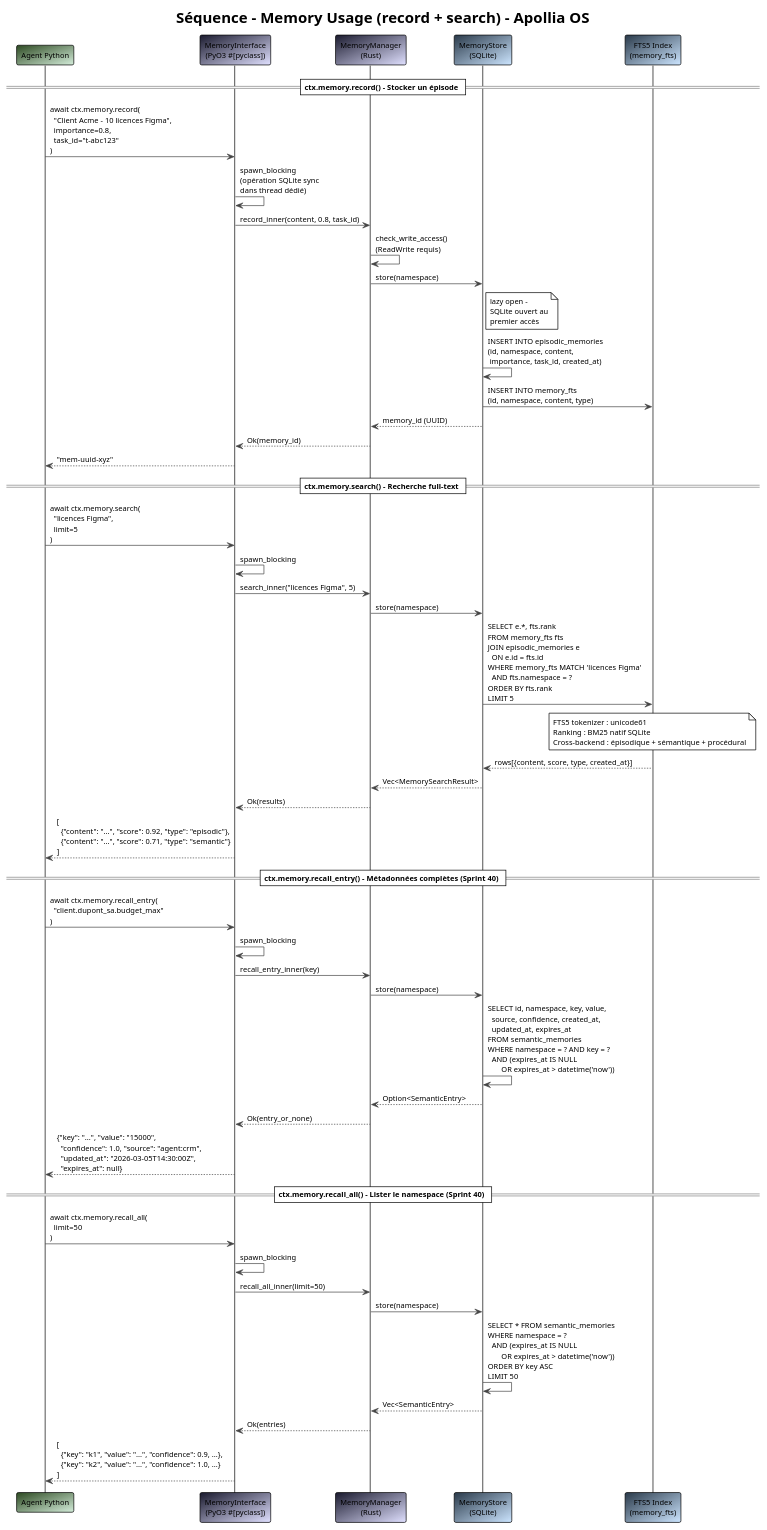
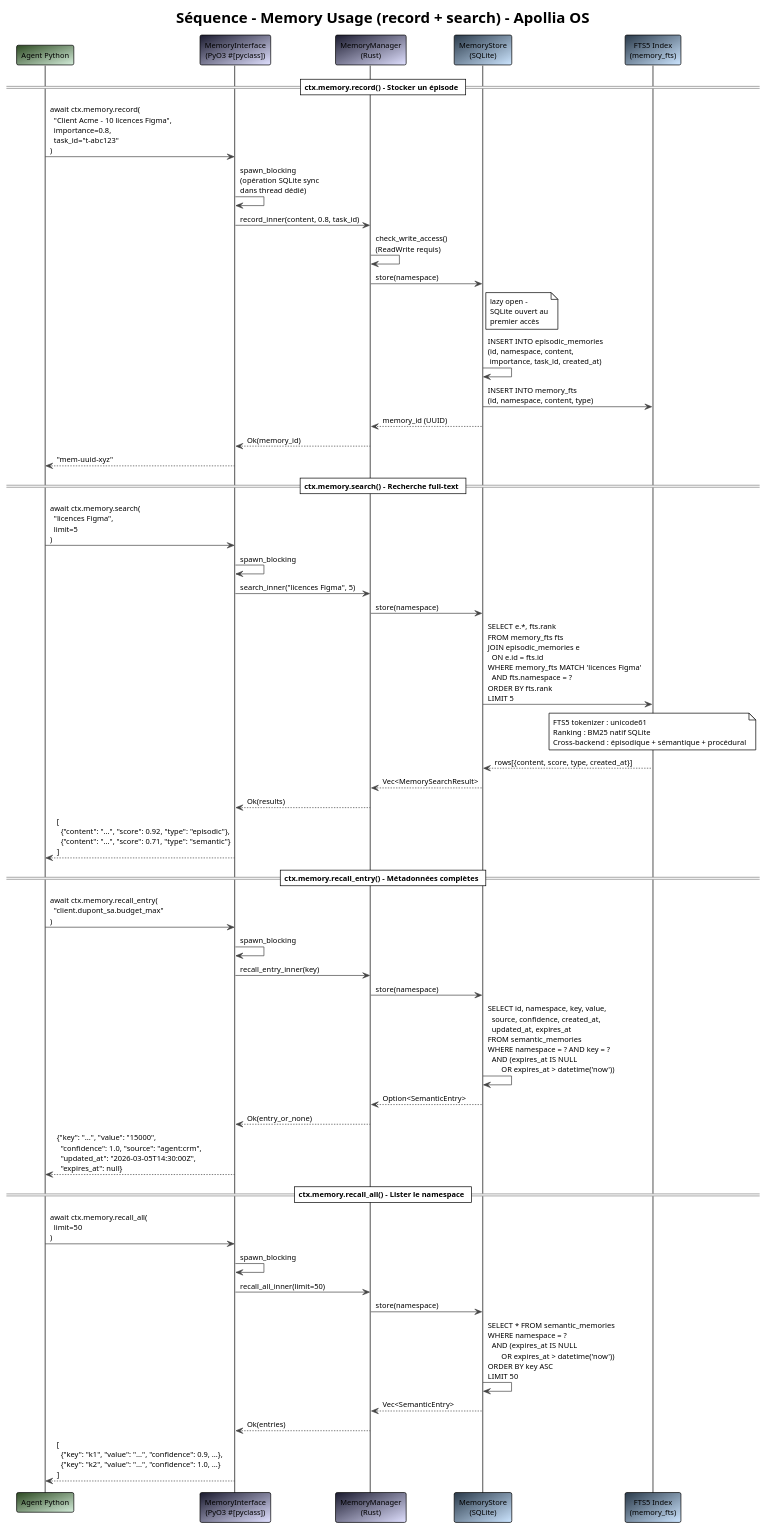
One commit to nidal-z/apollia-os changed the diagram in docs/diagrams/seq-memory-usage.puml. Above: the diagram before and after it, drawn with PlantUML. The commit also changed 266 other files, not shown here.

```diff
--- a/docs/diagrams/seq-memory-usage.puml
+++ b/docs/diagrams/seq-memory-usage.puml
@@ -1,87 +1,87 @@
 @startuml seq-memory-usage
 !theme plain
 skinparam backgroundColor #FFFFFF
 skinparam defaultFontName "JetBrains Mono"
 skinparam defaultFontSize 11
 skinparam ArrowColor #444444
 skinparam BorderColor #444444
 
 title Séquence - Memory Usage (record + search) - Apollia OS
 
 participant "Agent Python" as agent #2d4a22/d4edda
 participant "MemoryInterface\n(PyO3 #[pyclass])" as iface #1a1a2e/e0e0ff
 participant "MemoryManager\n(Rust)" as mgr #1a1a2e/e0e0ff
 participant "MemoryStore\n(SQLite)" as store #2a3a4a/cce5ff
 participant "FTS5 Index\n(memory_fts)" as fts #2a3a4a/cce5ff
 
 == ctx.memory.record() - Stocker un épisode ==
 
 agent -> iface : await ctx.memory.record(\n  "Client Acme - 10 licences Figma",\n  importance=0.8,\n  task_id="t-abc123"\n)
 
 iface -> iface : spawn_blocking\n(opération SQLite sync\ndans thread dédié)
 
 iface -> mgr : record_inner(content, 0.8, task_id)
 mgr -> mgr : check_write_access()\n(ReadWrite requis)
 mgr -> store : store(namespace)
 note right of store : lazy open -\nSQLite ouvert au\npremier accès
 
 store -> store : INSERT INTO episodic_memories\n(id, namespace, content,\n importance, task_id, created_at)
 store -> fts : INSERT INTO memory_fts\n(id, namespace, content, type)
 
 store --> mgr : memory_id (UUID)
 mgr --> iface : Ok(memory_id)
 iface --> agent : "mem-uuid-xyz"
 
 == ctx.memory.search() - Recherche full-text ==
 
 agent -> iface : await ctx.memory.search(\n  "licences Figma",\n  limit=5\n)
 
 iface -> iface : spawn_blocking
 
 iface -> mgr : search_inner("licences Figma", 5)
 mgr -> store : store(namespace)
 
 store -> fts : SELECT e.*, fts.rank\nFROM memory_fts fts\nJOIN episodic_memories e\n  ON e.id = fts.id\nWHERE memory_fts MATCH 'licences Figma'\n  AND fts.namespace = ?\nORDER BY fts.rank\nLIMIT 5
 
 note over fts
   FTS5 tokenizer : unicode61
   Ranking : BM25 natif SQLite
   Cross-backend : épisodique + sémantique + procédural
 end note
 
 fts --> store : rows[{content, score, type, created_at}]
 store --> mgr : Vec<MemorySearchResult>
 mgr --> iface : Ok(results)
 iface --> agent : [\n  {"content": "...", "score": 0.92, "type": "episodic"},\n  {"content": "...", "score": 0.71, "type": "semantic"}\n]
 
-== ctx.memory.recall_entry() - Métadonnées complètes (Sprint 40) ==
+== ctx.memory.recall_entry() - Métadonnées complètes ==
 
 agent -> iface : await ctx.memory.recall_entry(\n  "client.dupont_sa.budget_max"\n)
 
 iface -> iface : spawn_blocking
 
 iface -> mgr : recall_entry_inner(key)
 mgr -> store : store(namespace)
 
 store -> store : SELECT id, namespace, key, value,\n  source, confidence, created_at,\n  updated_at, expires_at\nFROM semantic_memories\nWHERE namespace = ? AND key = ?\n  AND (expires_at IS NULL\n       OR expires_at > datetime('now'))
 
 store --> mgr : Option<SemanticEntry>
 mgr --> iface : Ok(entry_or_none)
 iface --> agent : {"key": "...", "value": "15000",\n  "confidence": 1.0, "source": "agent:crm",\n  "updated_at": "2026-03-05T14:30:00Z",\n  "expires_at": null}
 
-== ctx.memory.recall_all() - Lister le namespace (Sprint 40) ==
+== ctx.memory.recall_all() - Lister le namespace ==
 
 agent -> iface : await ctx.memory.recall_all(\n  limit=50\n)
 
 iface -> iface : spawn_blocking
 
 iface -> mgr : recall_all_inner(limit=50)
 mgr -> store : store(namespace)
 
 store -> store : SELECT * FROM semantic_memories\nWHERE namespace = ?\n  AND (expires_at IS NULL\n       OR expires_at > datetime('now'))\nORDER BY key ASC\nLIMIT 50
 
 store --> mgr : Vec<SemanticEntry>
 mgr --> iface : Ok(entries)
 iface --> agent : [\n  {"key": "k1", "value": "...", "confidence": 0.9, ...},\n  {"key": "k2", "value": "...", "confidence": 1.0, ...}\n]
 
 @enduml
```
